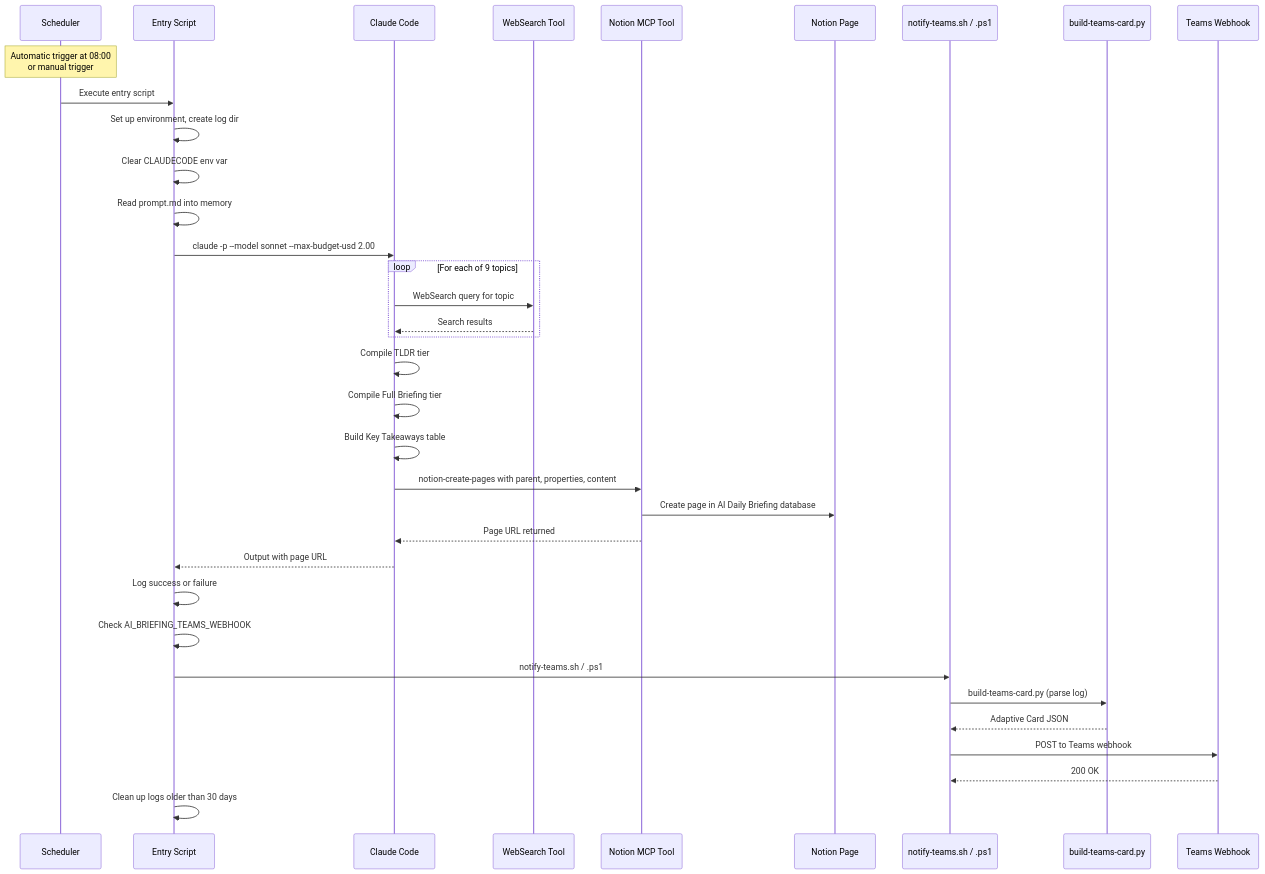
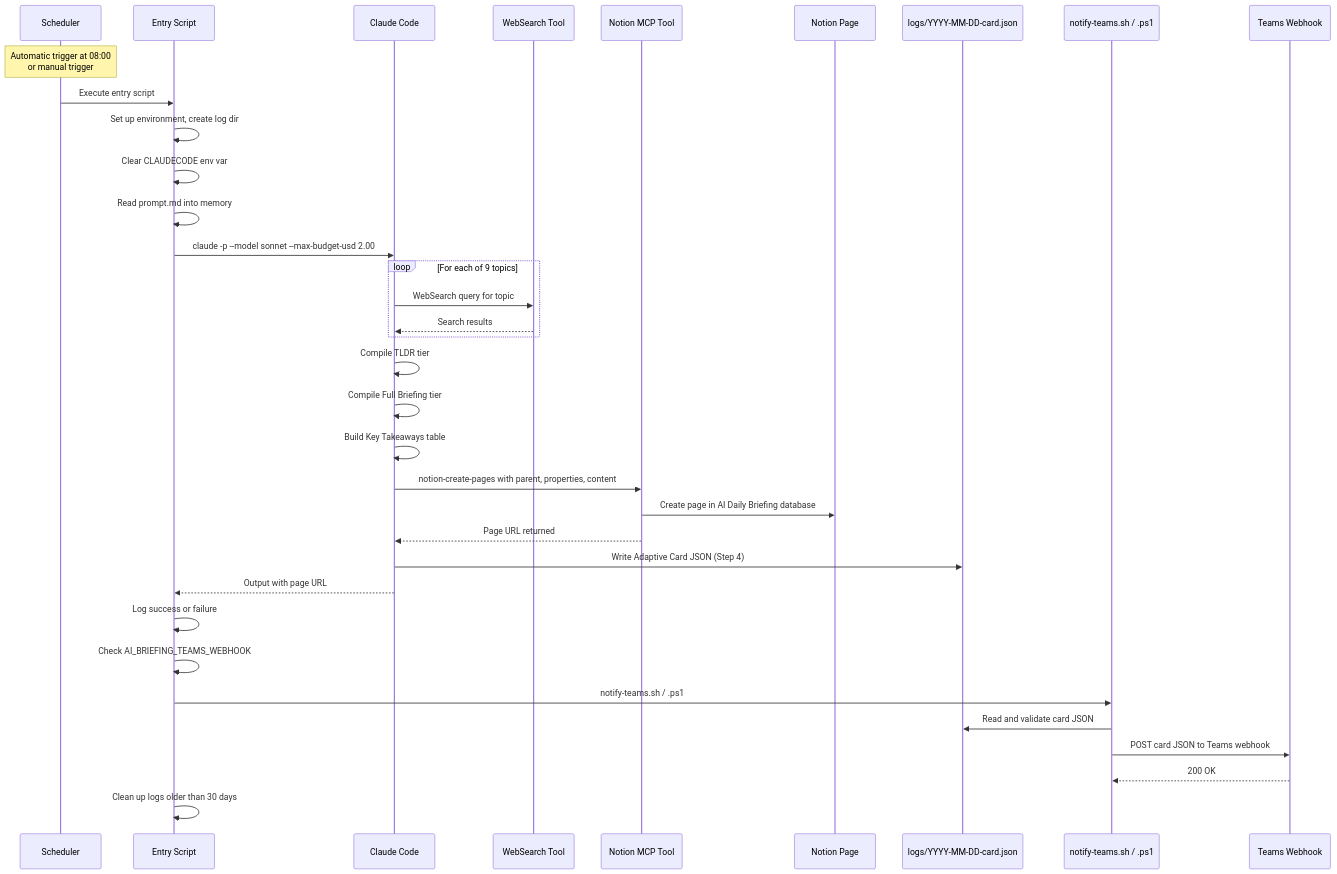
The third of 13 diagrams in ARCHITECTURE.md (hoangsonww/ai-news-briefing), drawn with Mermaid before and after one commit. The commit also changed other lines of this file and 8 other files, not shown here.

````diff
--- a/ARCHITECTURE.md
+++ b/ARCHITECTURE.md
@@ -110,43 +111,44 @@
 ```mermaid
 sequenceDiagram
     participant S as Scheduler
     participant E as Entry Script
     participant C as Claude Code
     participant W as WebSearch Tool
     participant N as Notion MCP Tool
     participant NP as Notion Page
+    participant CF as logs/YYYY-MM-DD-card.json
     participant T as notify-teams.sh / .ps1
-    participant P as build-teams-card.py
     participant TW as Teams Webhook
 
     Note over S: Automatic trigger at 08:00<br/>or manual trigger
     S->>E: Execute entry script
 
     E->>E: Set up environment, create log dir
     E->>E: Clear CLAUDECODE env var
     E->>E: Read prompt.md into memory
     E->>C: claude -p --model sonnet --max-budget-usd 2.00
 
     loop For each of 9 topics
         C->>W: WebSearch query for topic
         W-->>C: Search results
     end
 
     C->>C: Compile TLDR tier
     C->>C: Compile Full Briefing tier
     C->>C: Build Key Takeaways table
 
     C->>N: notion-create-pages with parent, properties, content
     N->>NP: Create page in AI Daily Briefing database
     N-->>C: Page URL returned
 
+    C->>CF: Write Adaptive Card JSON (Step 4)
+
     C-->>E: Output with page URL
     E->>E: Log success or failure
     E->>E: Check AI_BRIEFING_TEAMS_WEBHOOK
     E->>T: notify-teams.sh / .ps1
-    T->>P: build-teams-card.py (parse log)
-    P-->>T: Adaptive Card JSON
-    T->>TW: POST to Teams webhook
+    T->>CF: Read and validate card JSON
+    T->>TW: POST card JSON to Teams webhook
     TW-->>T: 200 OK
     E->>E: Clean up logs older than 30 days
 ```
````
